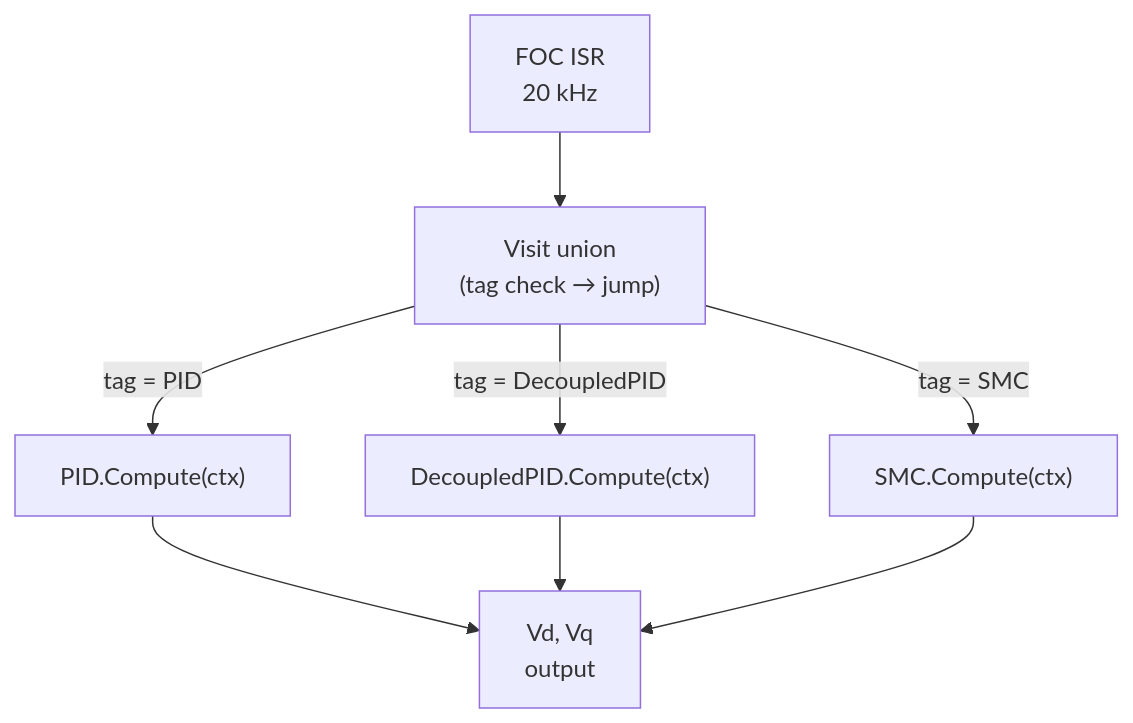
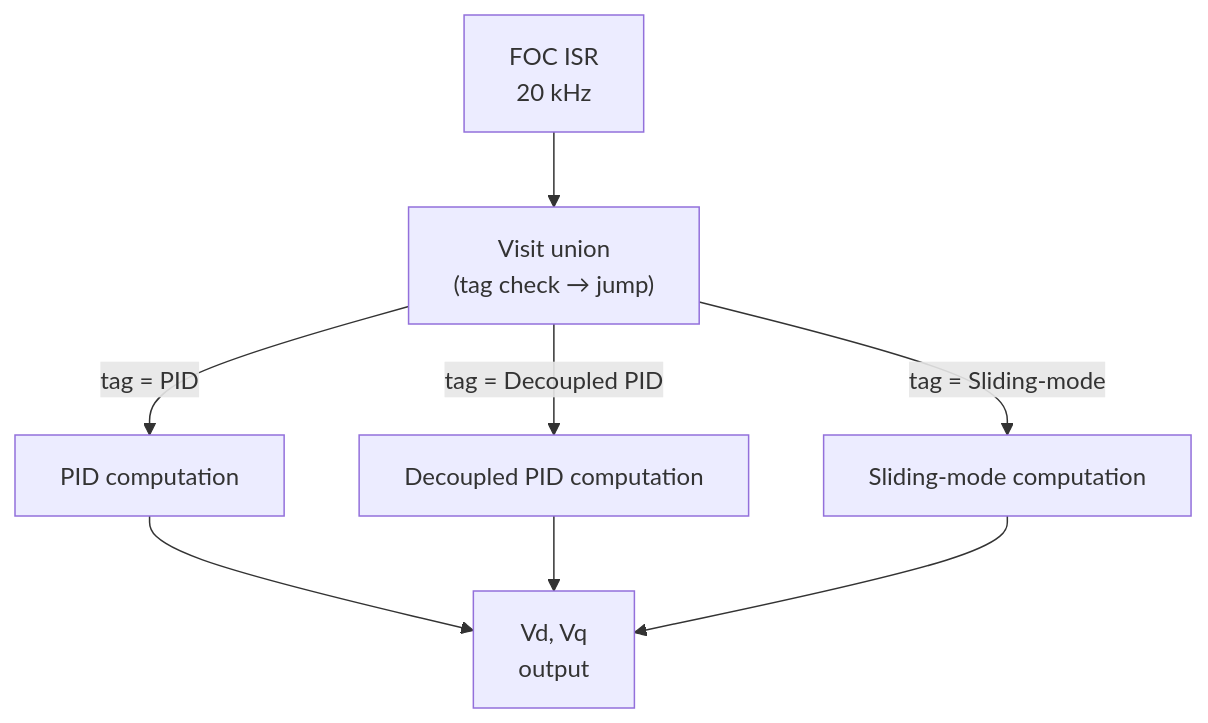
One commit to embedded-pro/e-foc changed the second of 9 diagrams in documentation/design/controller-selection.md. Above: the diagram before and after it, drawn with Mermaid. The commit also changed other lines of this file and 37 other files, not shown here.

````diff
--- a/documentation/design/controller-selection.md
+++ b/documentation/design/controller-selection.md
@@ -138,10 +138,10 @@
 ```mermaid
 flowchart TD
     ISR["FOC ISR\n20 kHz"] --> VISIT["Visit union\n(tag check → jump)"]
-    VISIT -->|"tag = PID"| PID_COMPUTE["PID.Compute(ctx)"]
-    VISIT -->|"tag = DecoupledPID"| DPID_COMPUTE["DecoupledPID.Compute(ctx)"]
-    VISIT -->|"tag = SMC"| SMC_COMPUTE["SMC.Compute(ctx)"]
+    VISIT -->|"tag = PID"| PID_COMPUTE["PID computation"]
+    VISIT -->|"tag = Decoupled PID"| DPID_COMPUTE["Decoupled PID computation"]
+    VISIT -->|"tag = Sliding-mode"| SMC_COMPUTE["Sliding-mode computation"]
     PID_COMPUTE --> OUT["Vd, Vq\noutput"]
     DPID_COMPUTE --> OUT
     SMC_COMPUTE --> OUT
 ```
````
